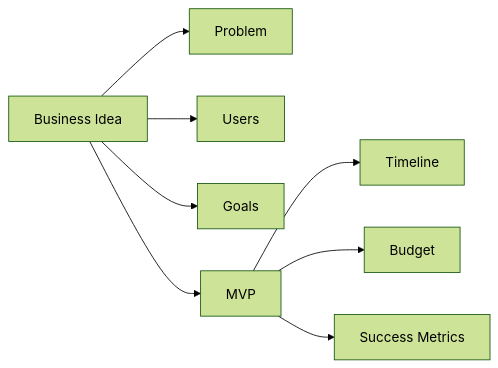
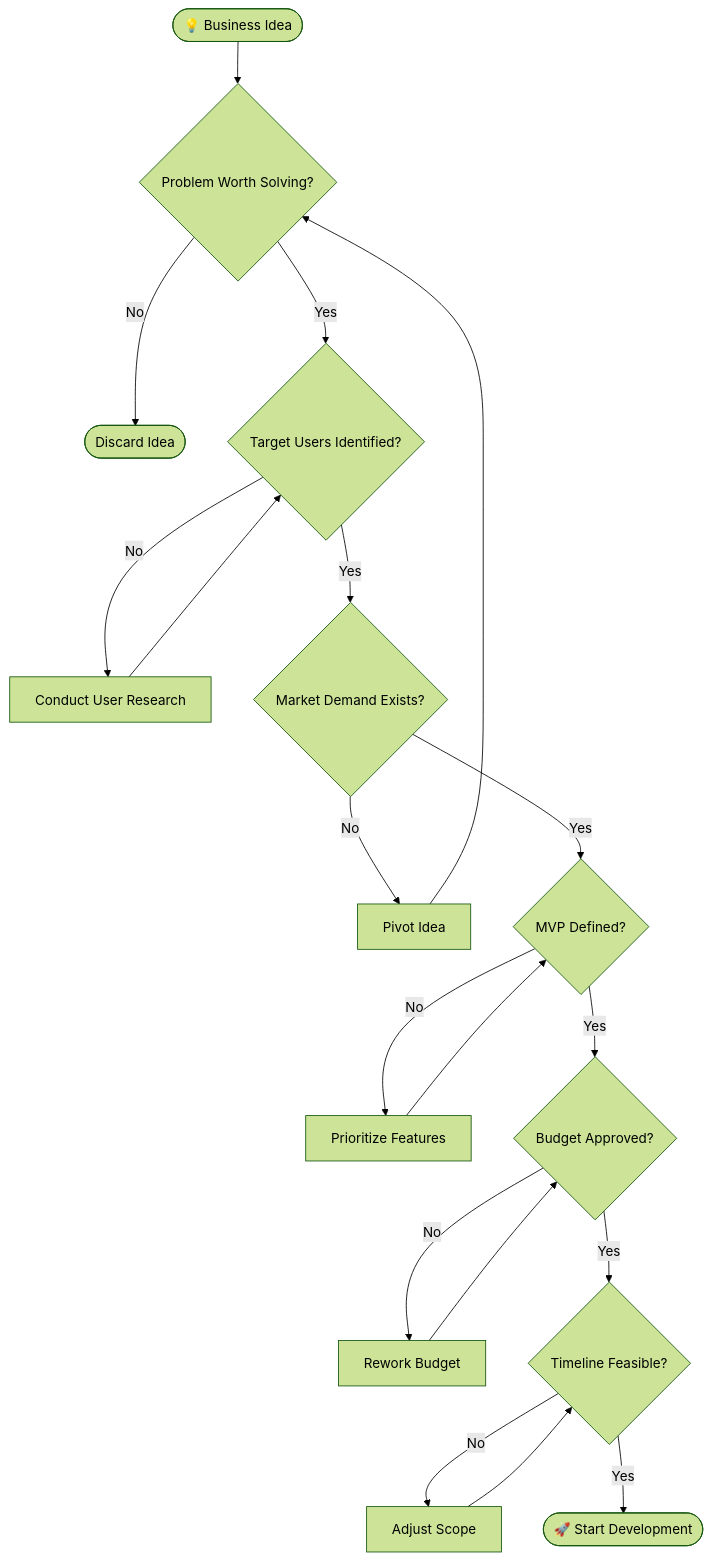
Before and after one commit to Kapil9711/dev-os: the second of 11 diagrams in public/docs/howIBuild.md, drawn with Mermaid (forest theme). The commit also changed other lines of this file and 3 other files, not shown here.

````diff
--- a/public/docs/howIBuild.md
+++ b/public/docs/howIBuild.md
@@ -28,12 +32,36 @@
 ```mermaid
-flowchart LR
+flowchart TD
 
-    A[Business Idea] --> B[Problem]
-    A --> C[Users]
-    A --> D[Goals]
-    A --> E[MVP]
+    Start([💡 Business Idea])
 
-    E --> F[Timeline]
-    E --> G[Budget]
-    E --> H[Success Metrics]
+    Start --> A{Problem Worth Solving?}
+
+    A -- No --> End1([Discard Idea])
+
+    A -- Yes --> B{Target Users Identified?}
+
+    B -- No --> UserResearch[Conduct User Research]
+    UserResearch --> B
+
+    B -- Yes --> C{Market Demand Exists?}
+
+    C -- No --> Pivot[Pivot Idea]
+    Pivot --> A
+
+    C -- Yes --> D{MVP Defined?}
+
+    D -- No --> Features[Prioritize Features]
+    Features --> D
+
+    D -- Yes --> E{Budget Approved?}
+
+    E -- No --> Funding[Rework Budget]
+    Funding --> E
+
+    E -- Yes --> F{Timeline Feasible?}
+
+    F -- No --> Planning[Adjust Scope]
+    Planning --> F
+
+    F -- Yes --> Launch([🚀 Start Development])
 ```
````
